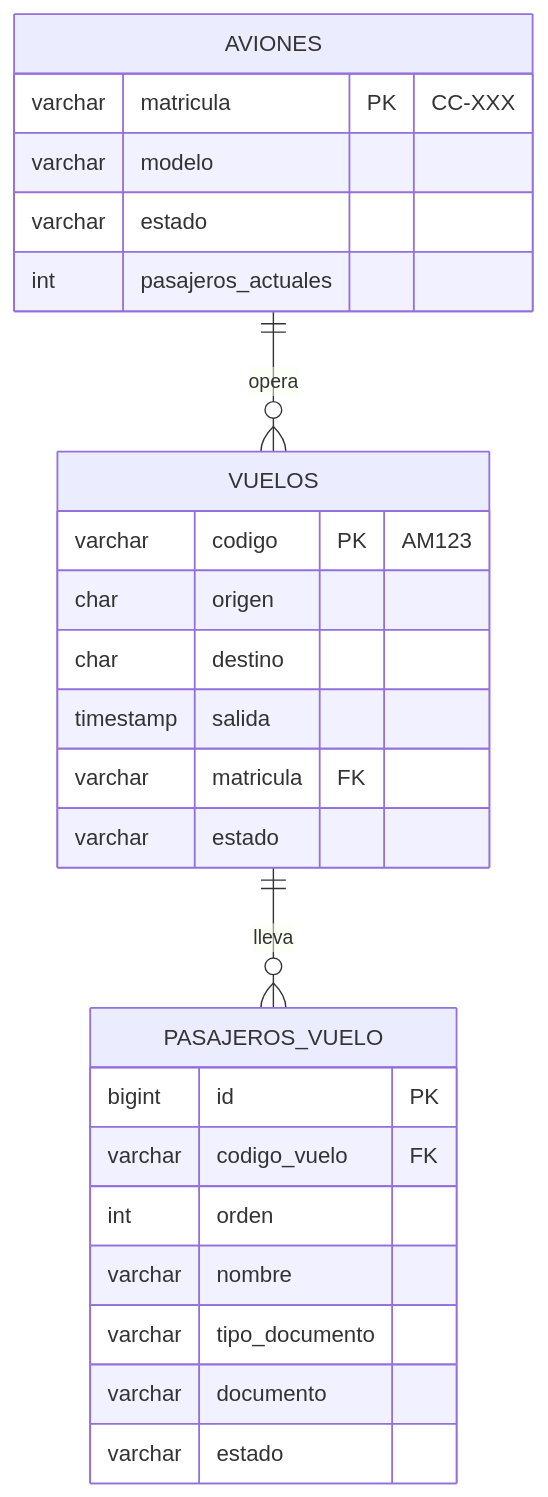
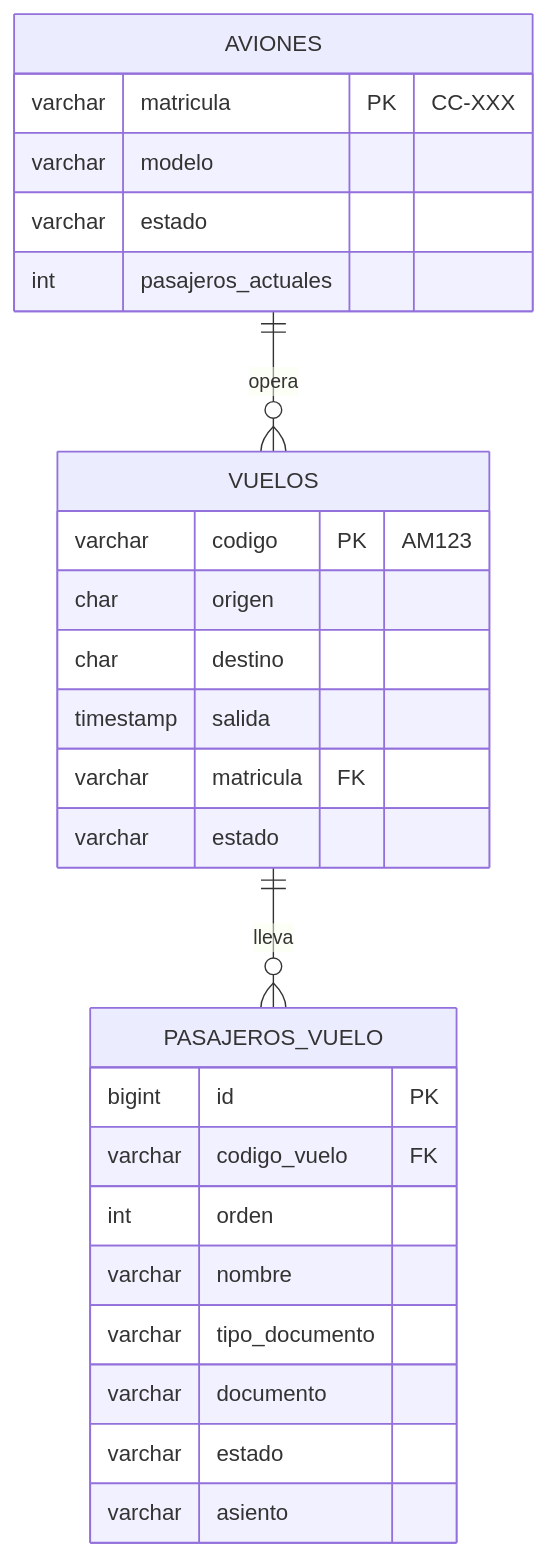
One commit to Pazvzv24/gestion_aeropuerto changed the first of 4 diagrams in README.md. Above: the diagram before and after it, drawn with Mermaid. The commit also changed other lines of this file, not shown here.

````diff
--- a/README.md
+++ b/README.md
@@ -131,28 +135,29 @@
 ```mermaid
 erDiagram
     AVIONES ||--o{ VUELOS : "opera"
     VUELOS ||--o{ PASAJEROS_VUELO : "lleva"
     AVIONES {
         varchar matricula PK "CC-XXX"
         varchar modelo
         varchar estado
         int pasajeros_actuales
     }
     VUELOS {
         varchar codigo PK "AM123"
         char origen
         char destino
         timestamp salida
         varchar matricula FK
         varchar estado
     }
     PASAJEROS_VUELO {
         bigint id PK
         varchar codigo_vuelo FK
         int orden
         varchar nombre
         varchar tipo_documento
         varchar documento
         varchar estado
+        varchar asiento
     }
 ```
````
